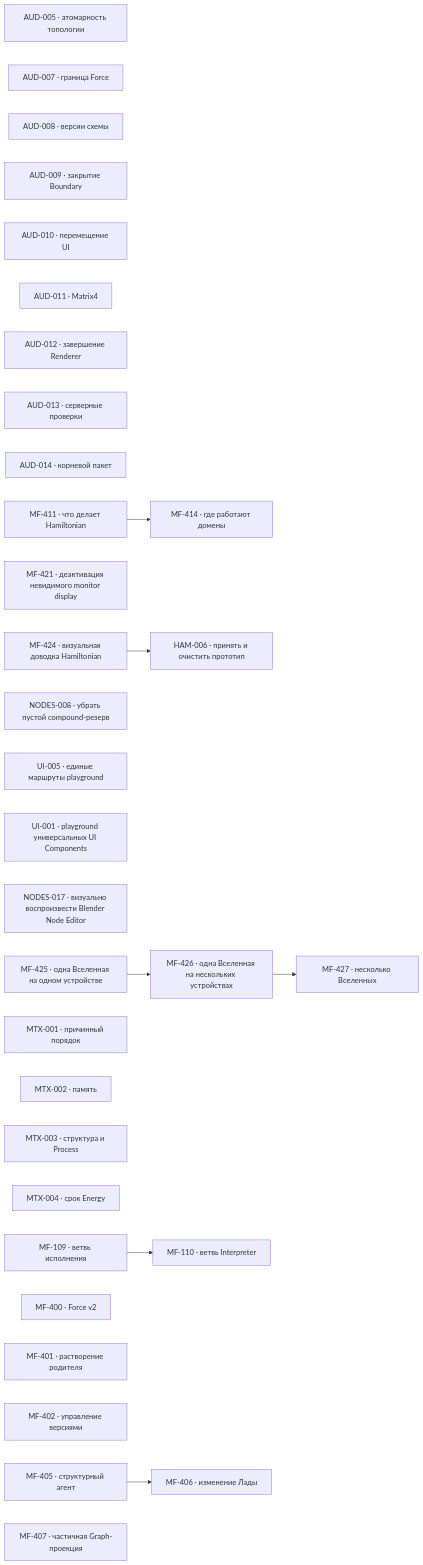
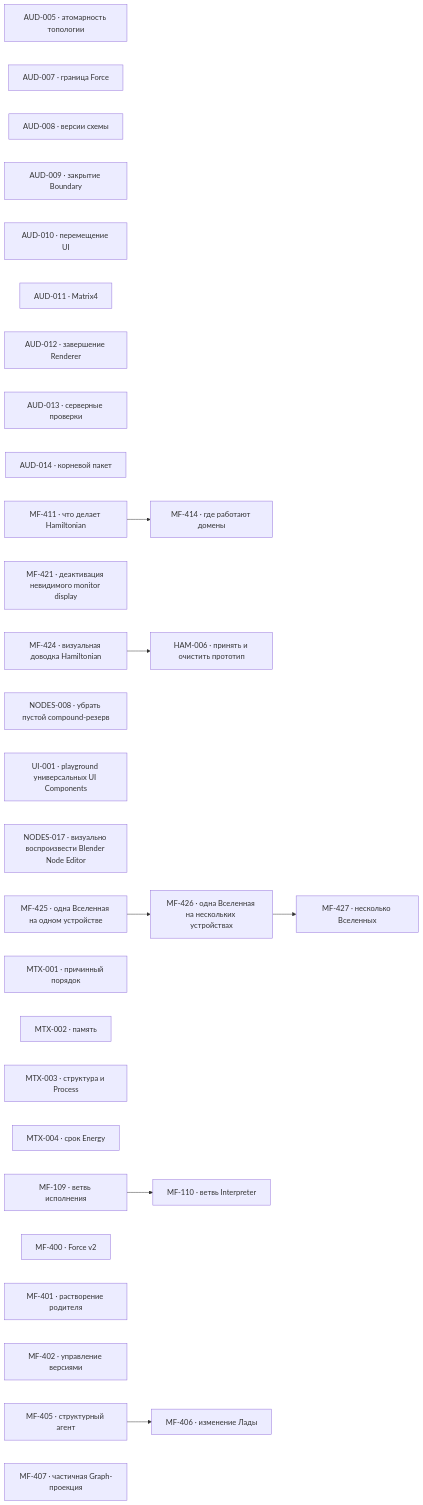
The diagram in project/TODO.md (zavx0z/metafor), drawn with Mermaid before and after one commit. The commit also changed other lines of this file and 1 other file, not shown here.

Commit message:
project(UI-005): close declarative playground routing

````diff
--- a/project/TODO.md
+++ b/project/TODO.md
@@ -13,42 +13,41 @@
 ```mermaid
 flowchart LR
     AUD005["AUD-005 · атомарность топологии"]
     AUD007["AUD-007 · граница Force"]
     AUD008["AUD-008 · версии схемы"]
     AUD009["AUD-009 · закрытие Boundary"]
     AUD010["AUD-010 · перемещение UI"]
     AUD011["AUD-011 · Matrix4"]
     AUD012["AUD-012 · завершение Renderer"]
     AUD013["AUD-013 · серверные проверки"]
     AUD014["AUD-014 · корневой пакет"]
     MF411["MF-411 · что делает Hamiltonian"]
     MF414["MF-414 · где работают домены"]
     MF421["MF-421 · деактивация невидимого monitor display"]
     MF424["MF-424 · визуальная доводка Hamiltonian"]
     HAM006["HAM-006 · принять и очистить прототип"]
     NODES008["NODES-008 · убрать пустой compound-резерв"]
-    UI005["UI-005 · единые маршруты playground"]
     UI001["UI-001 · playground универсальных UI Components"]
     NODES017["NODES-017 · визуально воспроизвести Blender Node Editor"]
     MF425["MF-425 · одна Вселенная на одном устройстве"]
     MF426["MF-426 · одна Вселенная на нескольких устройствах"]
     MF427["MF-427 · несколько Вселенных"]
     MTX001["MTX-001 · причинный порядок"]
     MTX002["MTX-002 · память"]
     MTX003["MTX-003 · структура и Process"]
     MTX004["MTX-004 · срок Energy"]
     MF109["MF-109 · ветвь исполнения"]
     MF110["MF-110 · ветвь Interpreter"]
     MF400["MF-400 · Force v2"]
     MF401["MF-401 · растворение родителя"]
     MF402["MF-402 · управление версиями"]
     MF405["MF-405 · структурный агент"]
     MF406["MF-406 · изменение Лады"]
     MF407["MF-407 · частичная Graph-проекция"]
     MF109 --> MF110
     MF405 --> MF406
     MF411 --> MF414
     MF424 --> HAM006
     MF425 --> MF426
     MF426 --> MF427
 ```
````
